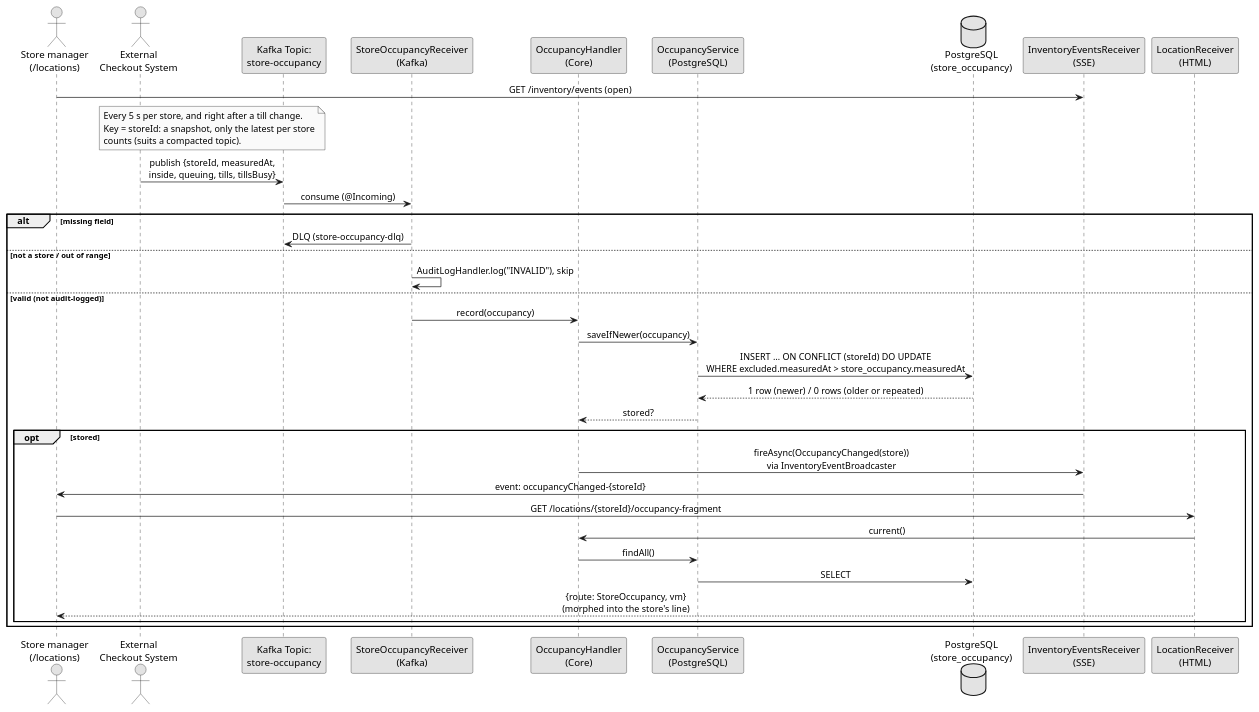
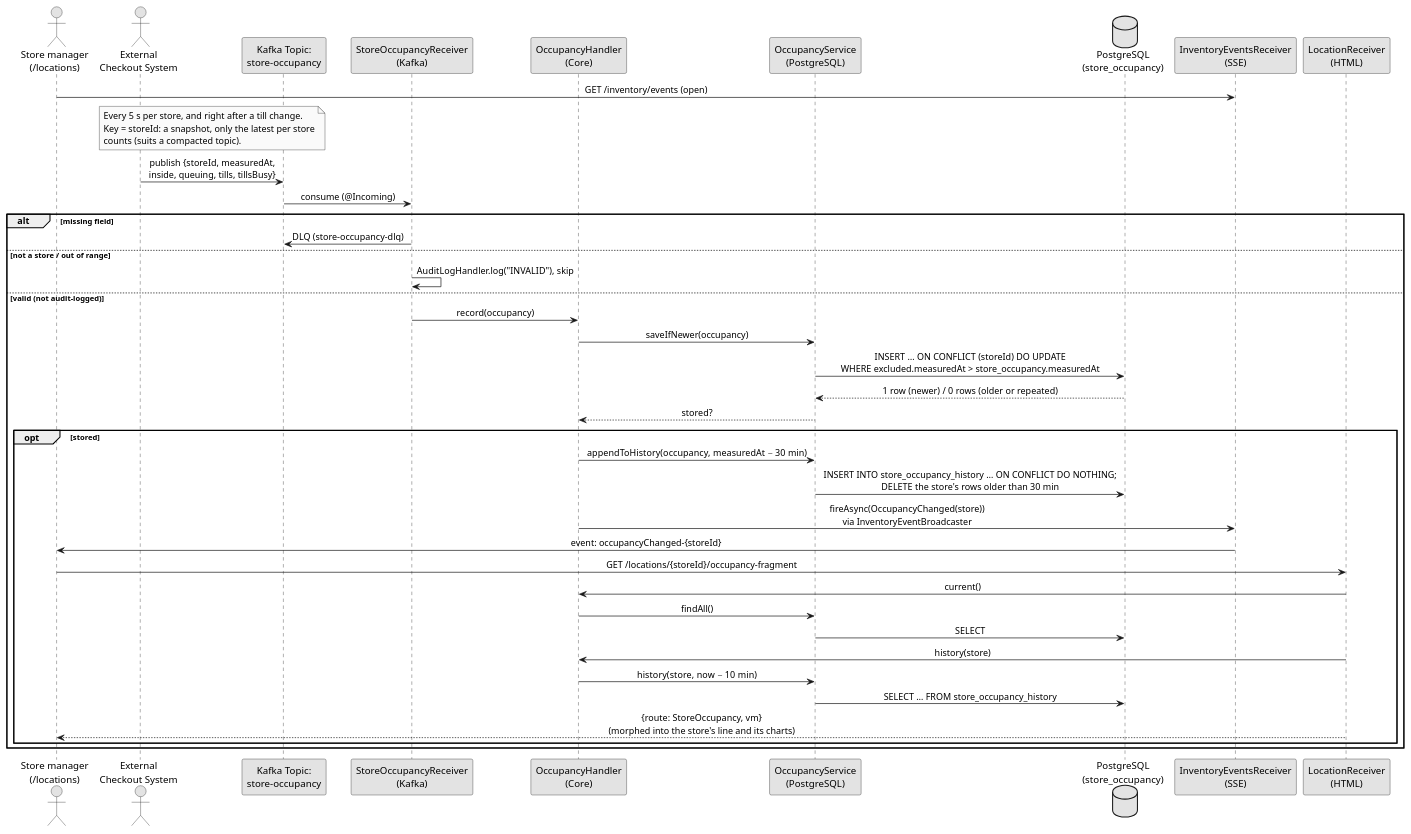
The diagram in docs/architecture/flows/store-occupancy.puml (svene/2026-07-26_quarkus-hexagon-demo-mm-per-tech), drawn with PlantUML before and after one commit. The commit also changed 30 other files, not shown here.

```diff
--- a/docs/architecture/flows/store-occupancy.puml
+++ b/docs/architecture/flows/store-occupancy.puml
@@ -1,46 +1,51 @@
 @startuml store_occupancy
 skinparam monochrome true
 skinparam sequenceMessageAlign center
 skinparam backgroundColor #ffffff
 
 actor "Store manager\n(/locations)" as browser
 actor "External\nCheckout System" as external
 participant "Kafka Topic:\nstore-occupancy" as kafka
 participant "StoreOccupancyReceiver\n(Kafka)" as receiver
 participant "OccupancyHandler\n(Core)" as handler
 participant "OccupancyService\n(PostgreSQL)" as service
 database "PostgreSQL\n(store_occupancy)" as db
 participant "InventoryEventsReceiver\n(SSE)" as sse
 participant "LocationReceiver\n(HTML)" as location
 
 browser -> sse: GET /inventory/events (open)
 
 note over external, kafka
   Every 5 s per store, and right after a till change.
   Key = storeId: a snapshot, only the latest per store
   counts (suits a compacted topic).
 end note
 external -> kafka: publish {storeId, measuredAt,\ninside, queuing, tills, tillsBusy}
 kafka -> receiver: consume (@Incoming)
 alt missing field
   receiver -> kafka: DLQ (store-occupancy-dlq)
 else not a store / out of range
   receiver -> receiver: AuditLogHandler.log("INVALID"), skip
 else valid (not audit-logged)
   receiver -> handler: record(occupancy)
   handler -> service: saveIfNewer(occupancy)
   service -> db: INSERT … ON CONFLICT (storeId) DO UPDATE\nWHERE excluded.measuredAt > store_occupancy.measuredAt
   db --> service: 1 row (newer) / 0 rows (older or repeated)
   service --> handler: stored?
   opt stored
+    handler -> service: appendToHistory(occupancy, measuredAt − 30 min)
+    service -> db: INSERT INTO store_occupancy_history … ON CONFLICT DO NOTHING;\nDELETE the store's rows older than 30 min
     handler -> sse: fireAsync(OccupancyChanged(store))\nvia InventoryEventBroadcaster
     sse -> browser: event: occupancyChanged-{storeId}
     browser -> location: GET /locations/{storeId}/occupancy-fragment
     location -> handler: current()
     handler -> service: findAll()
     service -> db: SELECT
-    location --> browser: {route: StoreOccupancy, vm}\n(morphed into the store's line)
+    location -> handler: history(store)
+    handler -> service: history(store, now − 10 min)
+    service -> db: SELECT … FROM store_occupancy_history
+    location --> browser: {route: StoreOccupancy, vm}\n(morphed into the store's line and its charts)
   end
 end
 
 @enduml
```
